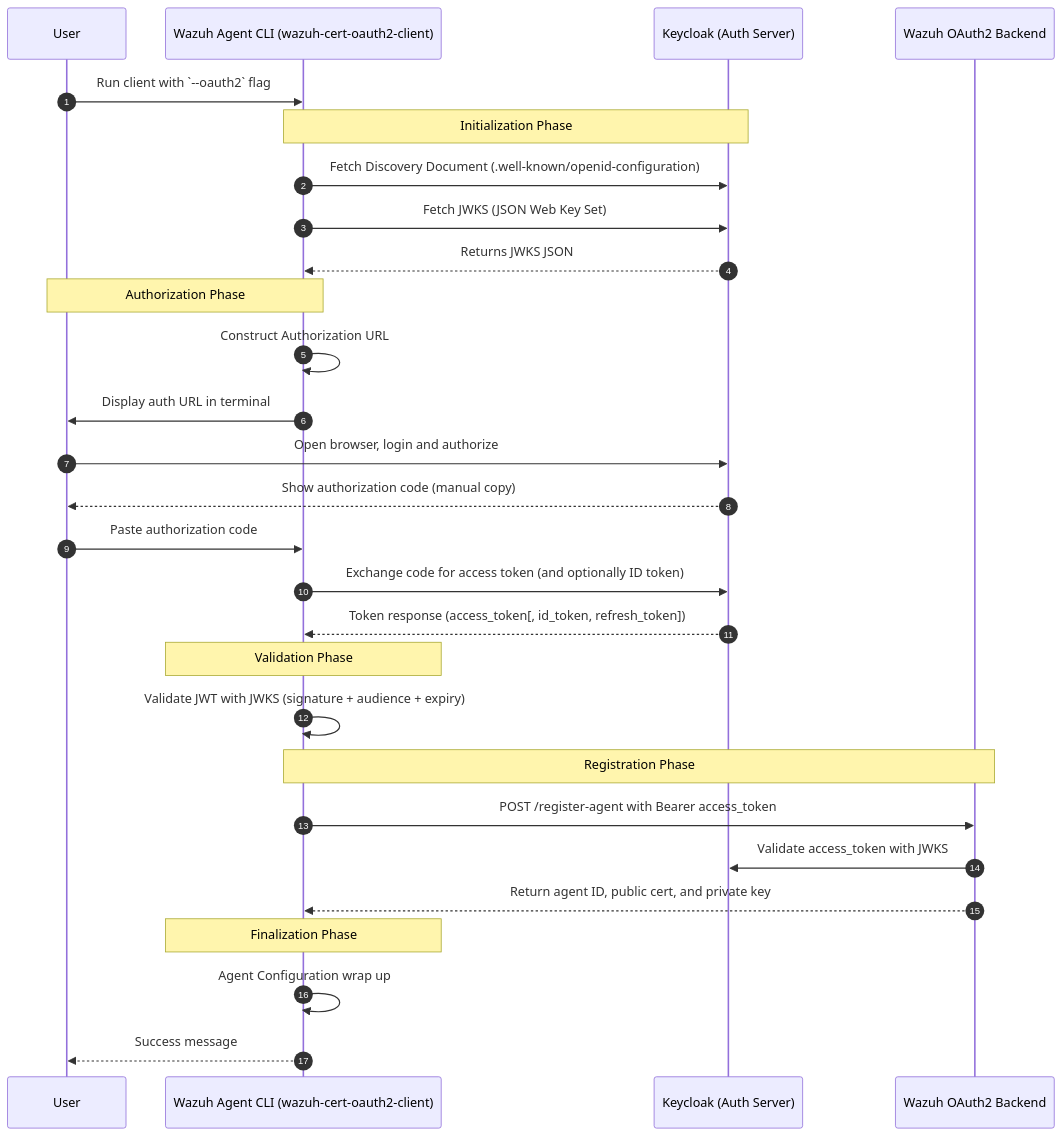
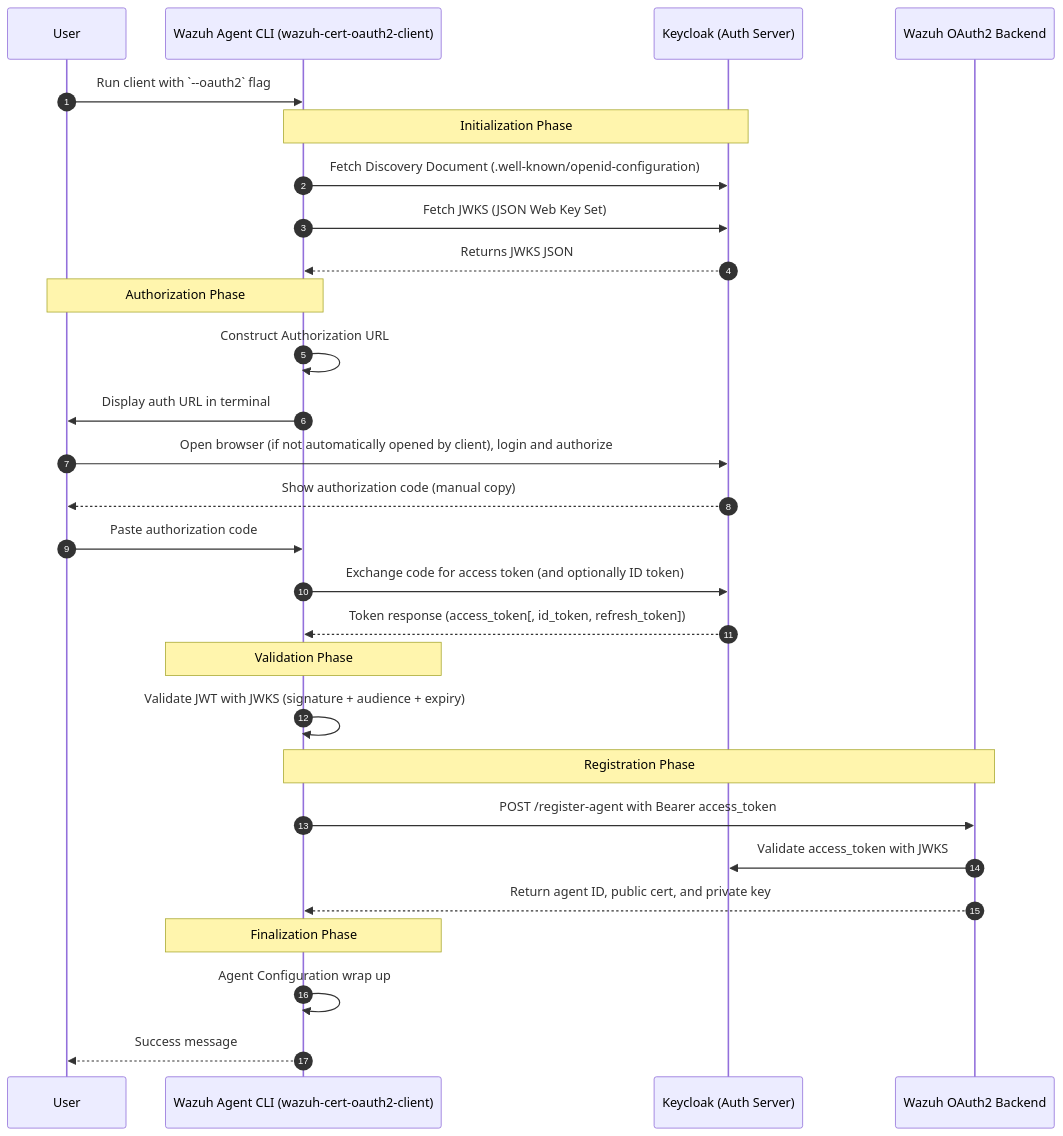
One commit to ADORSYS-GIS/wazuh-cert-oauth2 changed the first of 2 diagrams in docs/architecture.md. Above: the diagram before and after it, drawn with Mermaid.

Commit message:
docs: clarify manual browser interaction in OAuth2 architecture sequence diagram

````diff
--- a/docs/architecture.md
+++ b/docs/architecture.md
@@ -20,44 +20,44 @@
 ```mermaid
 sequenceDiagram
     autonumber
 
     participant User as User
     participant AgentClient as Wazuh Agent CLI (wazuh-cert-oauth2-client)
     participant Keycloak as Keycloak (Auth Server)
     participant WazuhAPI as Wazuh OAuth2 Backend
 
     User->>AgentClient: Run client with `--oauth2` flag
 
     Note over AgentClient,Keycloak: Initialization Phase
 
     AgentClient->>Keycloak: Fetch Discovery Document (.well-known/openid-configuration)
     AgentClient->>Keycloak: Fetch JWKS (JSON Web Key Set)
     Keycloak-->>AgentClient: Returns JWKS JSON
 
     Note over User,AgentClient: Authorization Phase
 
     AgentClient->>AgentClient: Construct Authorization URL
     AgentClient->>User: Display auth URL in terminal
-    User->>Keycloak: Open browser, login and authorize
+    User->>Keycloak: Open browser (if not automatically opened by client), login and authorize
     Keycloak-->>User: Show authorization code (manual copy)
     User->>AgentClient: Paste authorization code
 
     AgentClient->>Keycloak: Exchange code for access token (and optionally ID token)
     Keycloak-->>AgentClient: Token response (access_token[, id_token, refresh_token])
 
     Note over AgentClient: Validation Phase
 
     AgentClient->>AgentClient: Validate JWT with JWKS (signature + audience + expiry)
 
     Note over AgentClient,WazuhAPI: Registration Phase
 
     AgentClient->>WazuhAPI: POST /register-agent with Bearer access_token
     WazuhAPI->>Keycloak: Validate access_token with JWKS
     WazuhAPI-->>AgentClient: Return agent ID, public cert, and private key
 
     Note over AgentClient: Finalization Phase
 
     AgentClient->>AgentClient: Agent Configuration wrap up
 
     AgentClient-->>User: Success message
 ```
````
